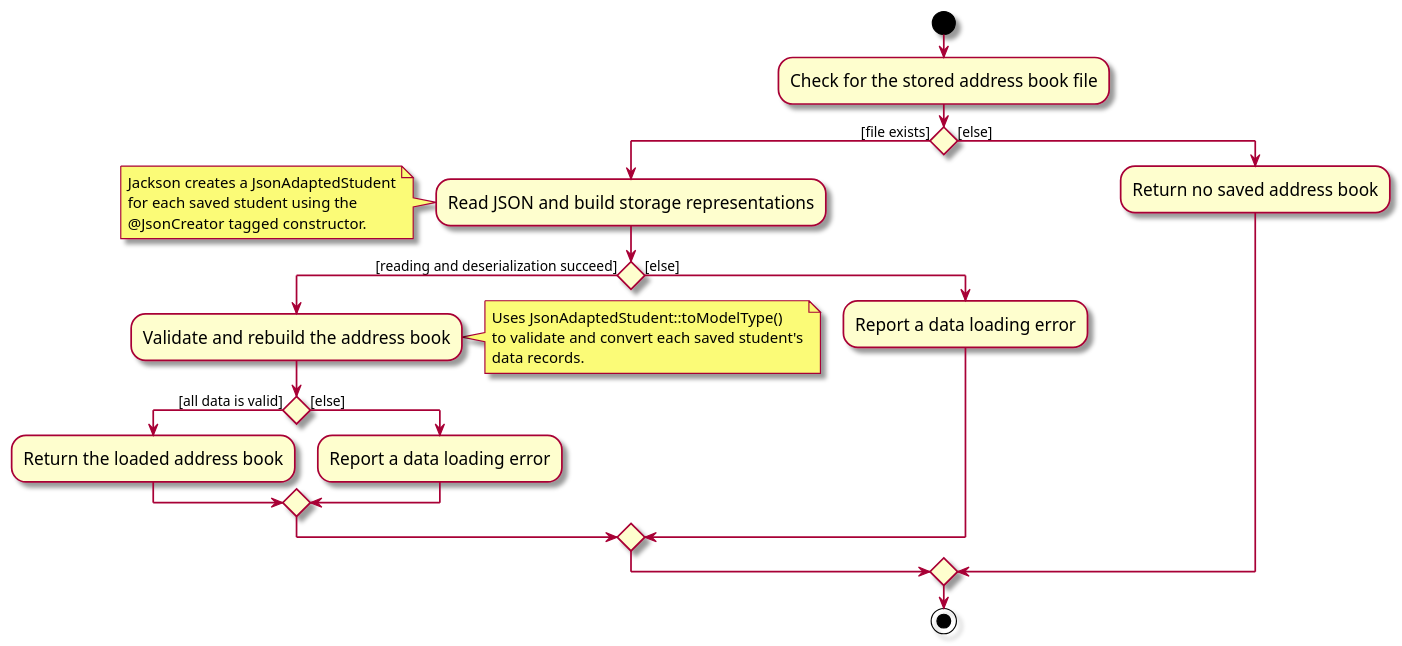
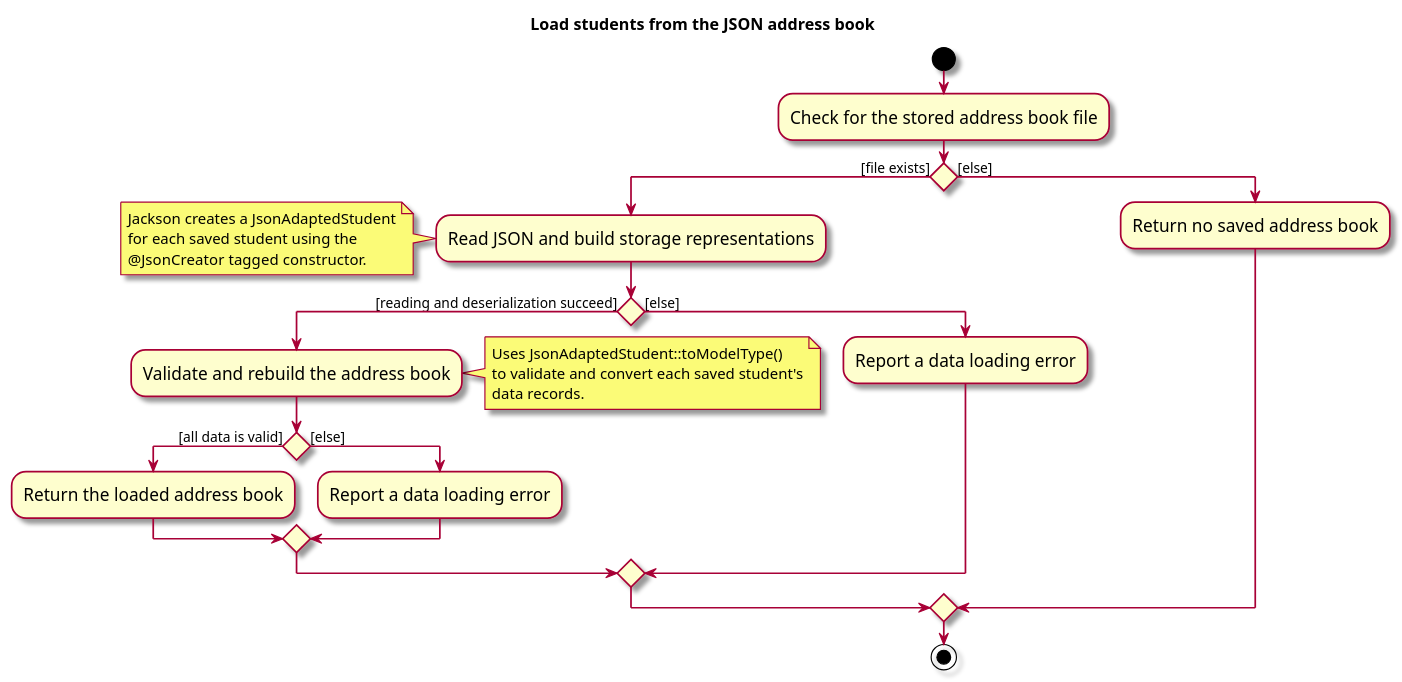
Before and after one commit to AY2627S1-CS2103T-F14a-1/tp: the diagram in diagrams/LoadAdaptedStudentActivityDiagram.puml, drawn with PlantUML. The commit also changed 25 other files, not shown here.

```diff
--- a/diagrams/LoadAdaptedStudentActivityDiagram.puml
+++ b/diagrams/LoadAdaptedStudentActivityDiagram.puml
@@ -1,33 +1,34 @@
 @startuml
 skin rose
 skinparam ActivityFontSize 15
 skinparam ArrowFontSize 12
+title Load students from the JSON address book
 start
 :Check for the stored address book file;
 if () then ([file exists])
     :Read JSON and build storage representations;
     note left
         Jackson creates a JsonAdaptedStudent
         for each saved student using the
         @JsonCreator tagged constructor.
     end note
     if () then ([reading and deserialization succeed])
         :Validate and rebuild the address book;
         note right
             Uses JsonAdaptedStudent::toModelType()
             to validate and convert each saved student's
             data records.
         end note
         if () then ([all data is valid])
             :Return the loaded address book;
         else ([else])
             :Report a data loading error;
         endif
     else ([else])
         :Report a data loading error;
     endif
 else ([else])
     :Return no saved address book;
 endif
 stop
 @enduml
```
